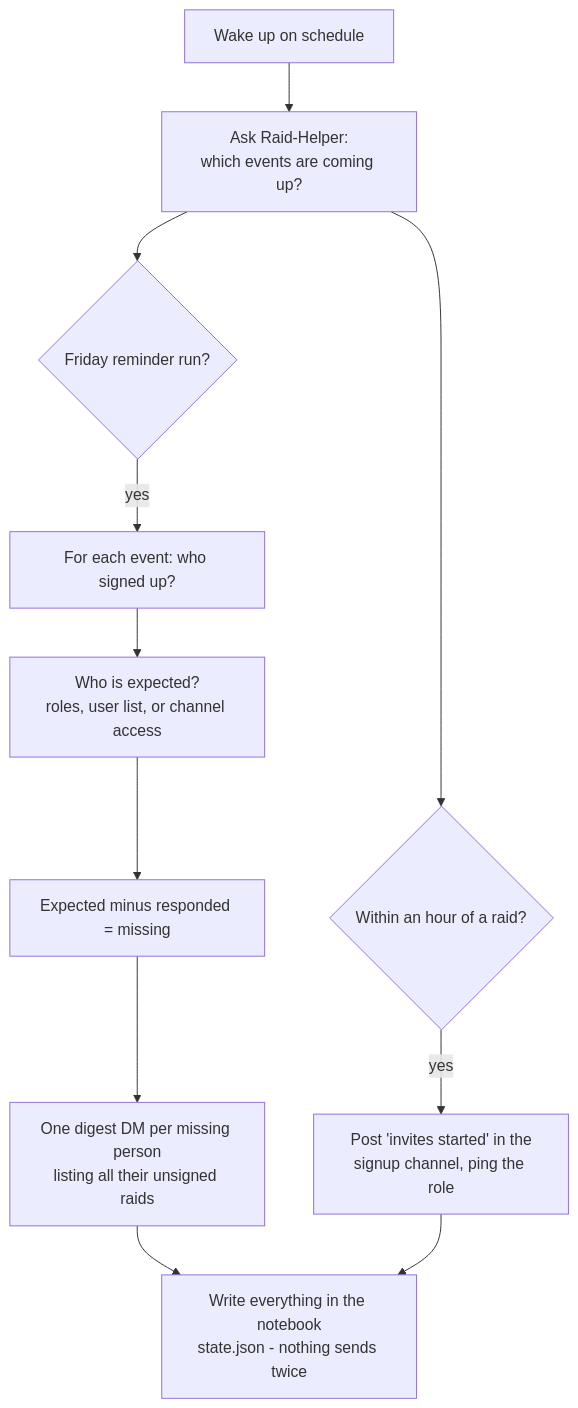
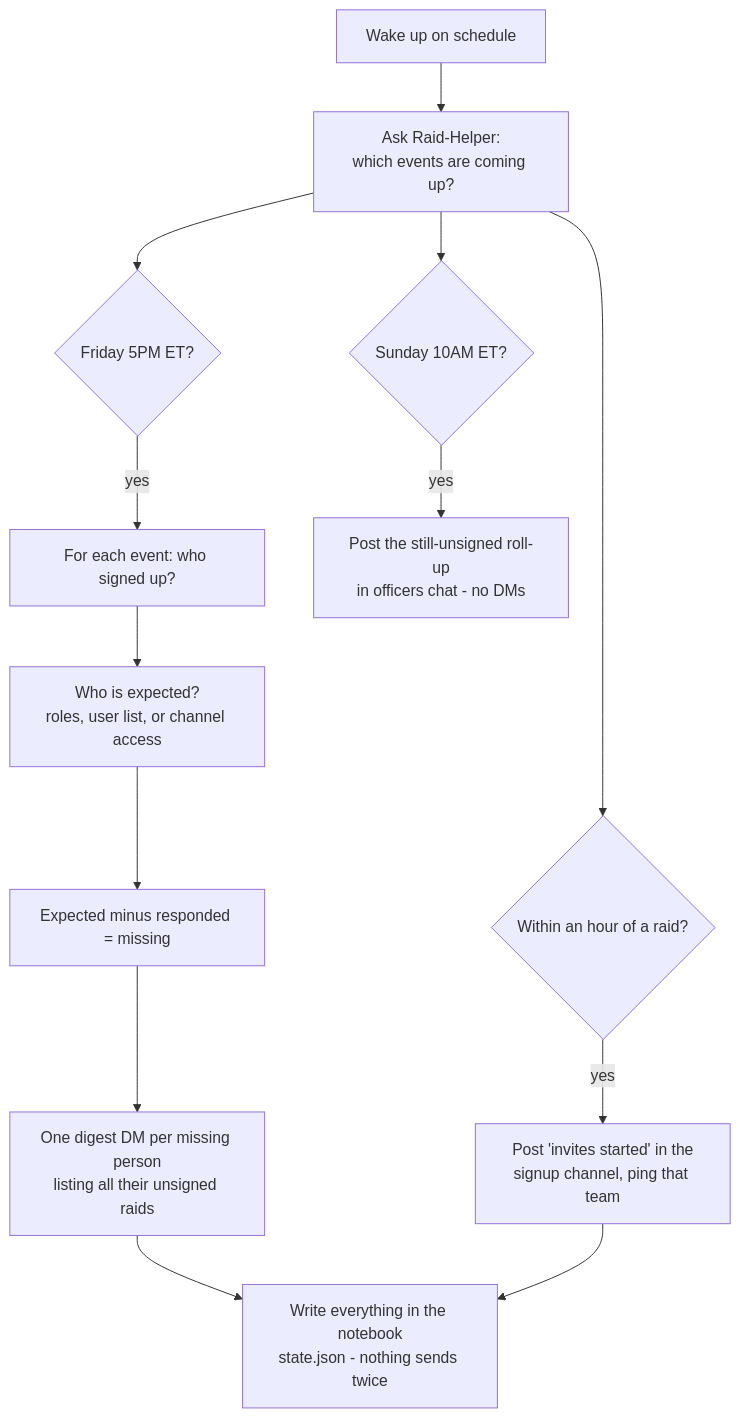
The diagram in docs/GUIDE.md (superrcharge/RaidHelperReminder), drawn with Mermaid before and after one commit. The commit also changed other lines of this file and 4 other files, not shown here.

First line of the commit message:
Split the officer unsigned-list onto its own Sunday 10AM ET run

````diff
--- a/docs/GUIDE.md
+++ b/docs/GUIDE.md
@@ -147,13 +147,15 @@
 ```mermaid
 flowchart TD
     A[Wake up on schedule] --> B[Ask Raid-Helper:<br/>which events are coming up?]
-    B --> C{Friday reminder run?}
+    B --> C{Friday 5PM ET?}
     C -- yes --> D[For each event: who signed up?]
     D --> E[Who is expected?<br/>roles, user list, or channel access]
     E --> F[Expected minus responded = missing]
     F --> G[One digest DM per missing person<br/>listing all their unsigned raids]
+    B --> K{Sunday 10AM ET?}
+    K -- yes --> L[Post the still-unsigned roll-up<br/>in officers chat - no DMs]
     B --> H{Within an hour of a raid?}
-    H -- yes --> I[Post 'invites started' in the<br/>signup channel, ping the role]
+    H -- yes --> I[Post 'invites started' in the<br/>signup channel, ping that team]
     G --> J[Write everything in the notebook<br/>state.json - nothing sends twice]
     I --> J
 ```
````
